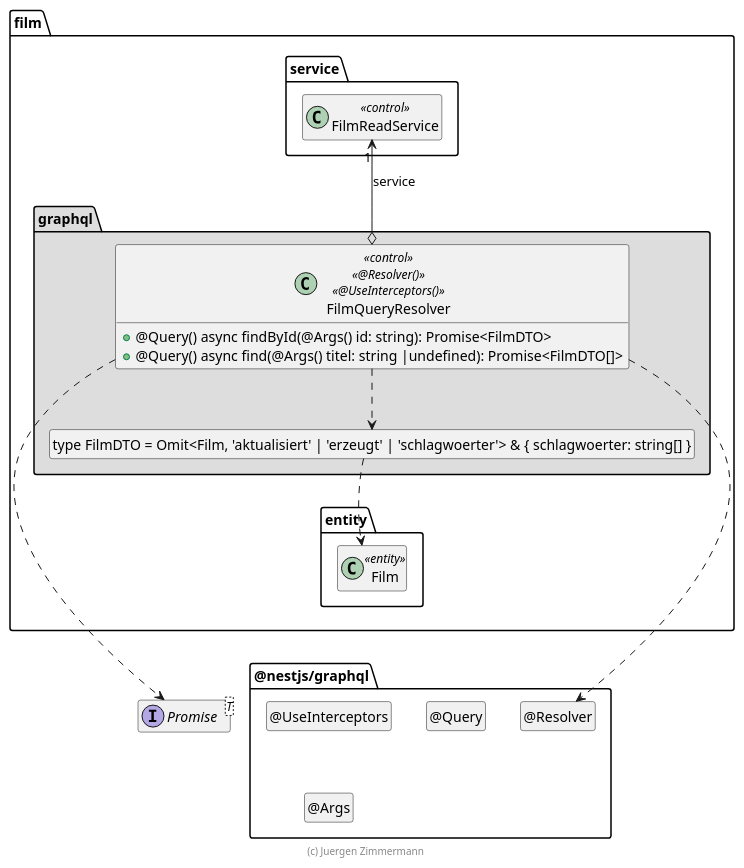
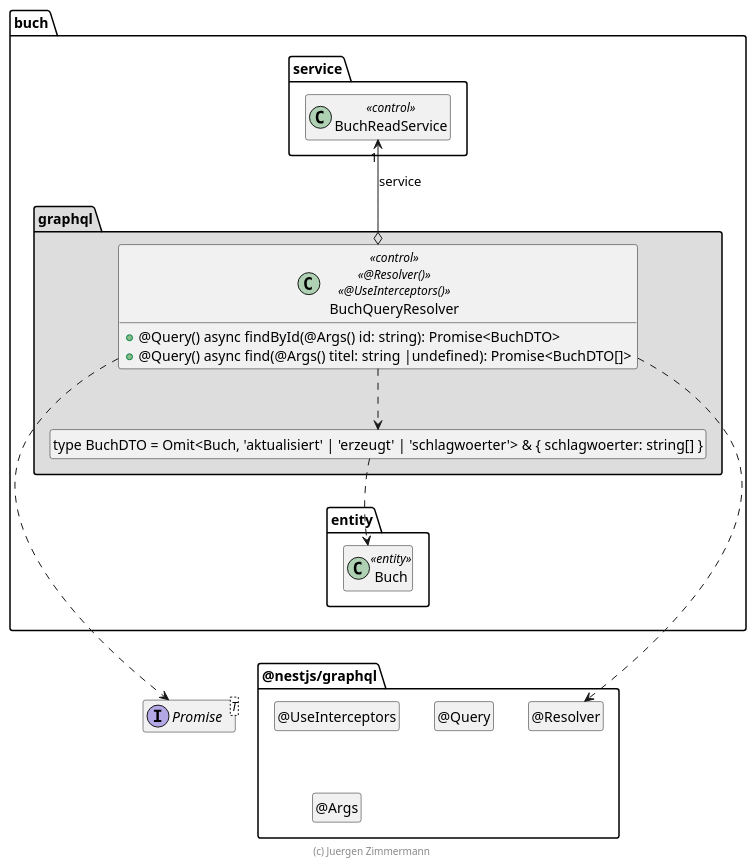
Before and after one commit to Yuszi/Film: the diagram in .extras/doc/entwicklerhandbuch/FilmQueryResolver.plantuml, drawn with PlantUML. The commit also changed 12 other files, not shown here.

```diff
--- a/.extras/doc/entwicklerhandbuch/FilmQueryResolver.plantuml
+++ b/.extras/doc/entwicklerhandbuch/FilmQueryResolver.plantuml
@@ -18,58 +18,58 @@
 @startuml Controller-Klasse
 
 interface Promise<T>
 
 package @nestjs/graphql {
   class "@Resolver" as Resolver
   hide Resolver circle
 
   class "@UseInterceptors" as UseInterceptors
   hide UseInterceptors circle
 
   class "@Query" as Query
   hide Query circle
 
   class "@Args" as Args
   hide Args circle
 
   Resolver .left[hidden].> Promise
 }
 
-package film {
+package buch {
   package entity {
-    class Film <<entity>>
+    class Buch <<entity>>
   }
 
   package service {
-    class FilmReadService << control >>
+    class BuchReadService << control >>
   }
 
   package graphql #DDDDDD {
-    class "type FilmDTO = Omit<Film, 'aktualisiert' | 'erzeugt' | 'schlagwoerter'> & { schlagwoerter: string[] }" as FilmDTO
-    hide FilmDTO circle
+    class "type BuchDTO = Omit<Buch, 'aktualisiert' | 'erzeugt' | 'schlagwoerter'> & { schlagwoerter: string[] }" as BuchDTO
+    hide BuchDTO circle
 
-    class FilmQueryResolver << control >> << @Resolver() >> << @UseInterceptors() >> {
-      + @Query() async findById(@Args() id: string): Promise<FilmDTO>
-      + @Query() async find(@Args() titel: string |undefined): Promise<FilmDTO[]>
+    class BuchQueryResolver << control >> << @Resolver() >> << @UseInterceptors() >> {
+      + @Query() async findById(@Args() id: string): Promise<BuchDTO>
+      + @Query() async find(@Args() titel: string |undefined): Promise<BuchDTO[]>
     }
 
-    FilmQueryResolver o-up-> "1" FilmReadService : service
-    FilmQueryResolver ..> FilmDTO
-    FilmDTO ..> Film
-    FilmQueryResolver ..> Resolver
+    BuchQueryResolver o-up-> "1" BuchReadService : service
+    BuchQueryResolver ..> BuchDTO
+    BuchDTO ..> Buch
+    BuchQueryResolver ..> Resolver
 
-    FilmQueryResolver ..> Promise
+    BuchQueryResolver ..> Promise
 
-    FilmDTO .[hidden].> Film
-    Film .[hidden].> Promise
-    FilmReadService .[hidden].> Promise
-    Film .[hidden].> Resolver
-    FilmReadService .[hidden].> Resolver
+    BuchDTO .[hidden].> Buch
+    Buch .[hidden].> Promise
+    BuchReadService .[hidden].> Promise
+    Buch .[hidden].> Resolver
+    BuchReadService .[hidden].> Resolver
   }
 }
 
 hide empty members
 
 footer (c) Juergen Zimmermann
 
 @enduml
```
